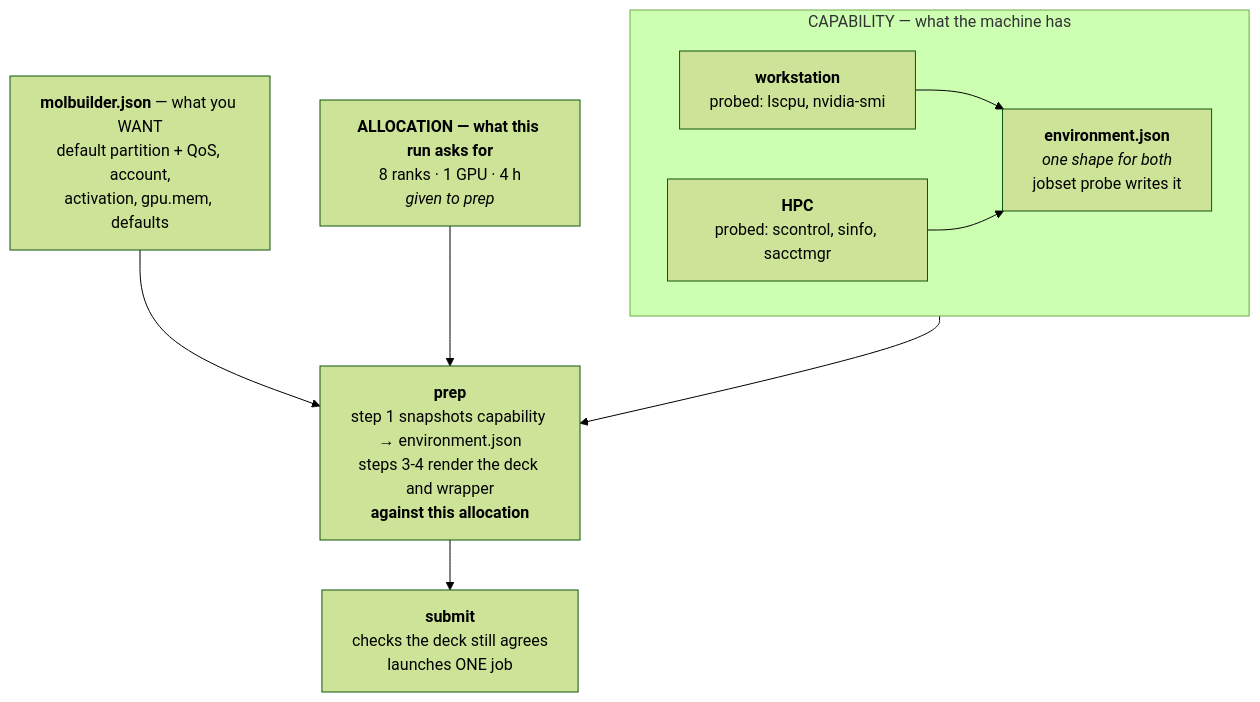
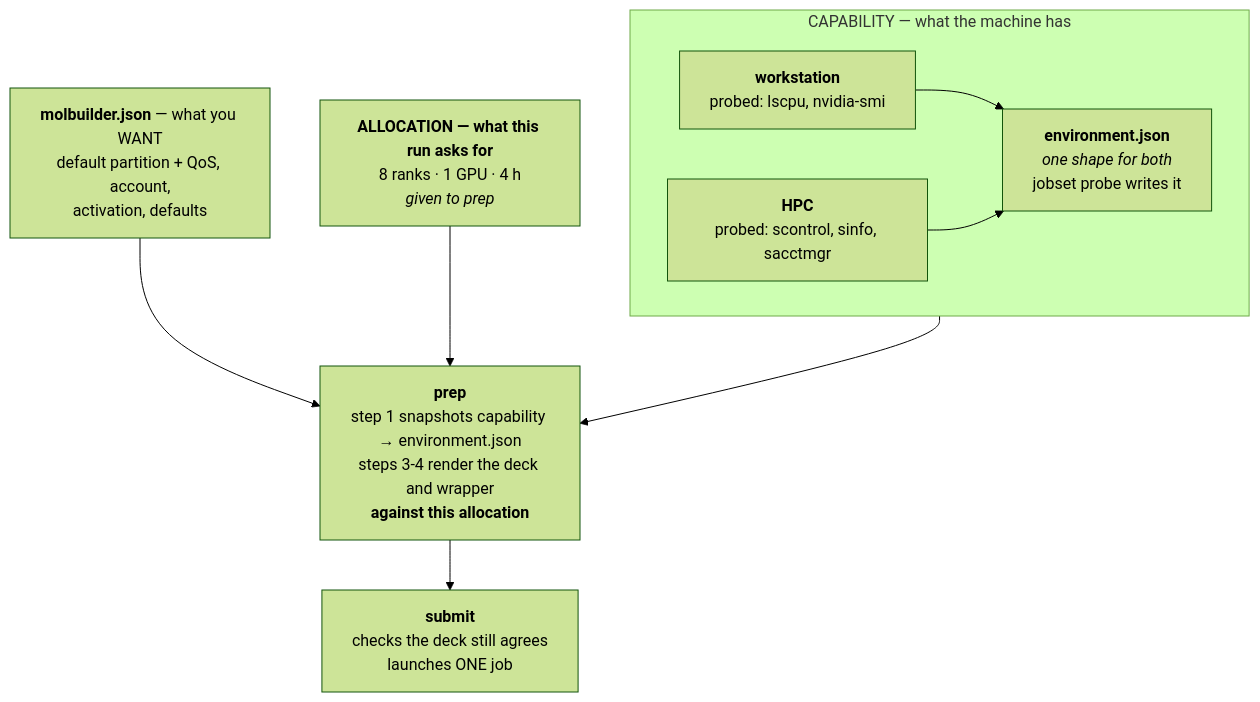
The seventh of 10 diagrams in docs/execution/project-layout.md (Qing-LAB/molbuilder), drawn with Mermaid (forest theme) before and after one commit. The commit also changed other lines of this file and 51 other files, not shown here.

````diff
--- a/docs/execution/project-layout.md
+++ b/docs/execution/project-layout.md
@@ -1223,19 +1224,19 @@
 ```mermaid
 flowchart TB
     subgraph cap["CAPABILITY — what the machine has"]
       direction LR
       W["<b>workstation</b><br/>probed: lscpu, nvidia-smi"]
       H["<b>HPC</b><br/>probed: scontrol, sinfo, sacctmgr"]
       E["<b>environment.json</b><br/><i>one shape for both</i><br/>jobset probe writes it"]
       W --> E
       H --> E
     end
-    C["<b>molbuilder.json</b> — what you WANT<br/>default partition + QoS, account,<br/>activation, gpu.mem, defaults"]
+    C["<b>molbuilder.json</b> — what you WANT<br/>default partition + QoS, account,<br/>activation, defaults"]
     A["<b>ALLOCATION — what this run asks for</b><br/>8 ranks · 1 GPU · 4 h<br/><i>given to prep</i>"]
     P["<b>prep</b><br/>step 1 snapshots capability → environment.json<br/>steps 3-4 render the deck and wrapper<br/><b>against this allocation</b>"]
     S["<b>submit</b><br/>checks the deck still agrees<br/>launches ONE job"]
     cap --> P
     C --> P
     A --> P
     P --> S
 ```
````
